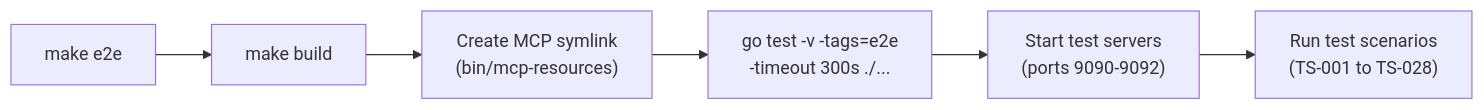
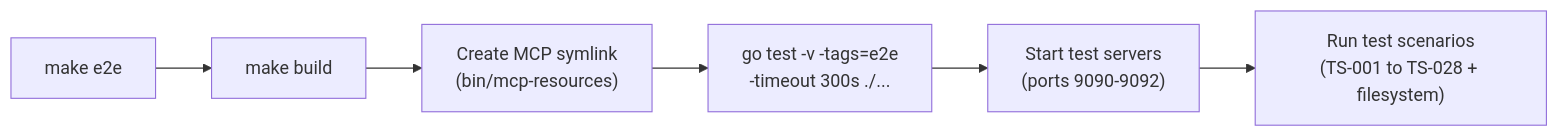
One commit to smorand/agent-stop-and-go changed the first of 3 diagrams in docs/devops.md. Above: the diagram before and after it, drawn with Mermaid. The commit also changed other lines of this file and 18 other files, not shown here.

````diff
--- a/docs/devops.md
+++ b/docs/devops.md
@@ -123,8 +127,8 @@
 ```mermaid
 flowchart LR
     A["make e2e"] --> B["make build"]
     B --> C["Create MCP symlink<br/>(bin/mcp-resources)"]
     C --> D["go test -v -tags=e2e<br/>-timeout 300s ./..."]
     D --> E["Start test servers<br/>(ports 9090-9092)"]
-    E --> F["Run test scenarios<br/>(TS-001 to TS-028)"]
+    E --> F["Run test scenarios<br/>(TS-001 to TS-028 + filesystem)"]
 ```
````
